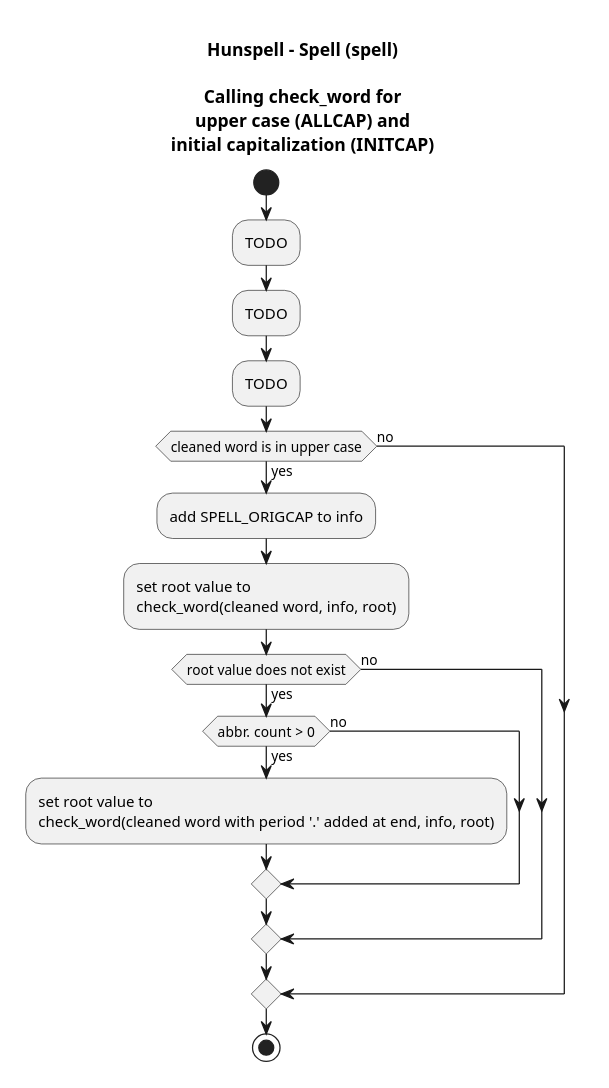
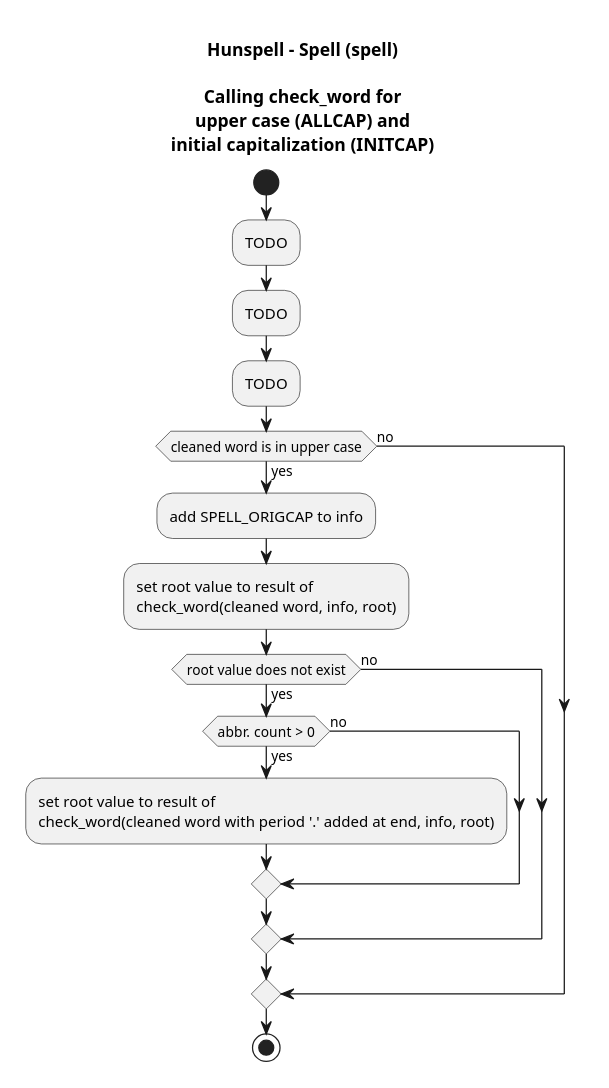
Before and after one commit to nuspell/misc-nuspell: the diagram in uml/plantuml/spell-init-upper-activity-diagram.pu, drawn with PlantUML. The commit also changed 5 other files, not shown here.

Commit message:
improving diagrams

```diff
--- a/uml/plantuml/spell-init-upper-activity-diagram.pu
+++ b/uml/plantuml/spell-init-upper-activity-diagram.pu
@@ -1,27 +1,27 @@
 @startuml
 skinparam backgroundcolor White|White
 
 title Hunspell - Spell (spell)\n\nCalling check_word for\nupper case (ALLCAP) and\ninitial capitalization (INITCAP)
 
 start
 
 :TODO;
 :TODO;
 :TODO;
 
 if (cleaned word is in upper case) then (yes)
 	:add SPELL_ORIGCAP to info;
-	:set root value to\ncheck_word(cleaned word, info, root);
+	:set root value to result of\ncheck_word(cleaned word, info, root);
 	if (root value does not exist) then (yes)
 		if (abbr. count > 0) then (yes)
-			:set root value to\ncheck_word(cleaned word with period '.' added at end, info, root);
+			:set root value to result of\ncheck_word(cleaned word with period '.' added at end, info, root);
 		else (no)
 		endif
 	else (no)
 	endif
 else (no)
 endif
 
 stop
 
 @enduml
```
